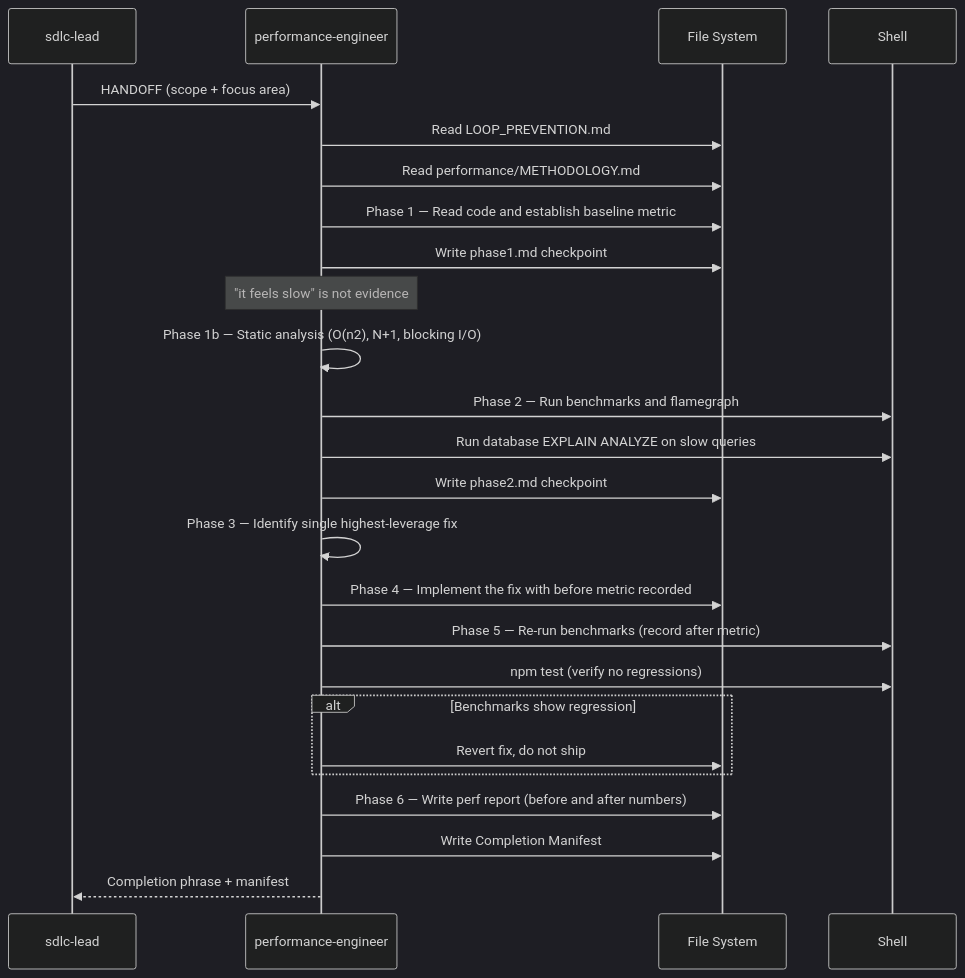
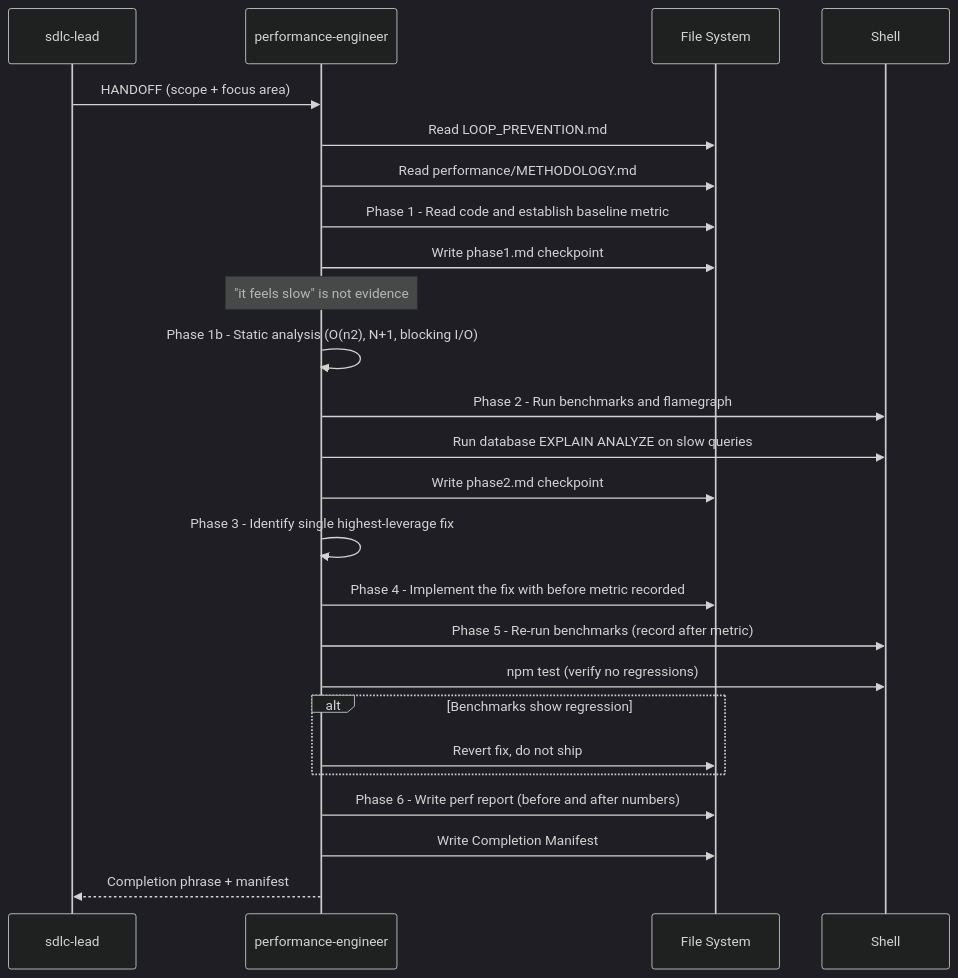
Before and after one commit to bpmforge/attest: the diagram in docs/review/05-agents/06-performance-engineer.md, drawn with Mermaid (dark theme). The commit also changed 28 other files, not shown here.

First line of the commit message:
docs: refresh all docs for v1.1-v1.6 + autofix mermaid in review book

````diff
--- a/docs/review/05-agents/06-performance-engineer.md
+++ b/docs/review/05-agents/06-performance-engineer.md
@@ -13,33 +13,33 @@
 ```mermaid
 sequenceDiagram
     participant LEAD as sdlc-lead
     participant PERF as performance-engineer
     participant FS as File System
     participant SH as Shell
 
     LEAD->>PERF: HANDOFF (scope + focus area)
     PERF->>FS: Read LOOP_PREVENTION.md
     PERF->>FS: Read performance/METHODOLOGY.md
 
-    PERF->>FS: Phase 1 — Read code and establish baseline metric
+    PERF->>FS: Phase 1 - Read code and establish baseline metric
     PERF->>FS: Write phase1.md checkpoint
     Note over PERF: "it feels slow" is not evidence
 
-    PERF->>PERF: Phase 1b — Static analysis (O(n2), N+1, blocking I/O)
-    PERF->>SH: Phase 2 — Run benchmarks and flamegraph
+    PERF->>PERF: Phase 1b - Static analysis (O(n2), N+1, blocking I/O)
+    PERF->>SH: Phase 2 - Run benchmarks and flamegraph
     PERF->>SH: Run database EXPLAIN ANALYZE on slow queries
     PERF->>FS: Write phase2.md checkpoint
 
-    PERF->>PERF: Phase 3 — Identify single highest-leverage fix
-    PERF->>FS: Phase 4 — Implement the fix with before metric recorded
-    PERF->>SH: Phase 5 — Re-run benchmarks (record after metric)
+    PERF->>PERF: Phase 3 - Identify single highest-leverage fix
+    PERF->>FS: Phase 4 - Implement the fix with before metric recorded
+    PERF->>SH: Phase 5 - Re-run benchmarks (record after metric)
     PERF->>SH: npm test (verify no regressions)
 
     alt Benchmarks show regression
         PERF->>FS: Revert fix, do not ship
     end
 
-    PERF->>FS: Phase 6 — Write perf report (before and after numbers)
+    PERF->>FS: Phase 6 - Write perf report (before and after numbers)
     PERF->>FS: Write Completion Manifest
     PERF-->>LEAD: Completion phrase + manifest
 ```
````
